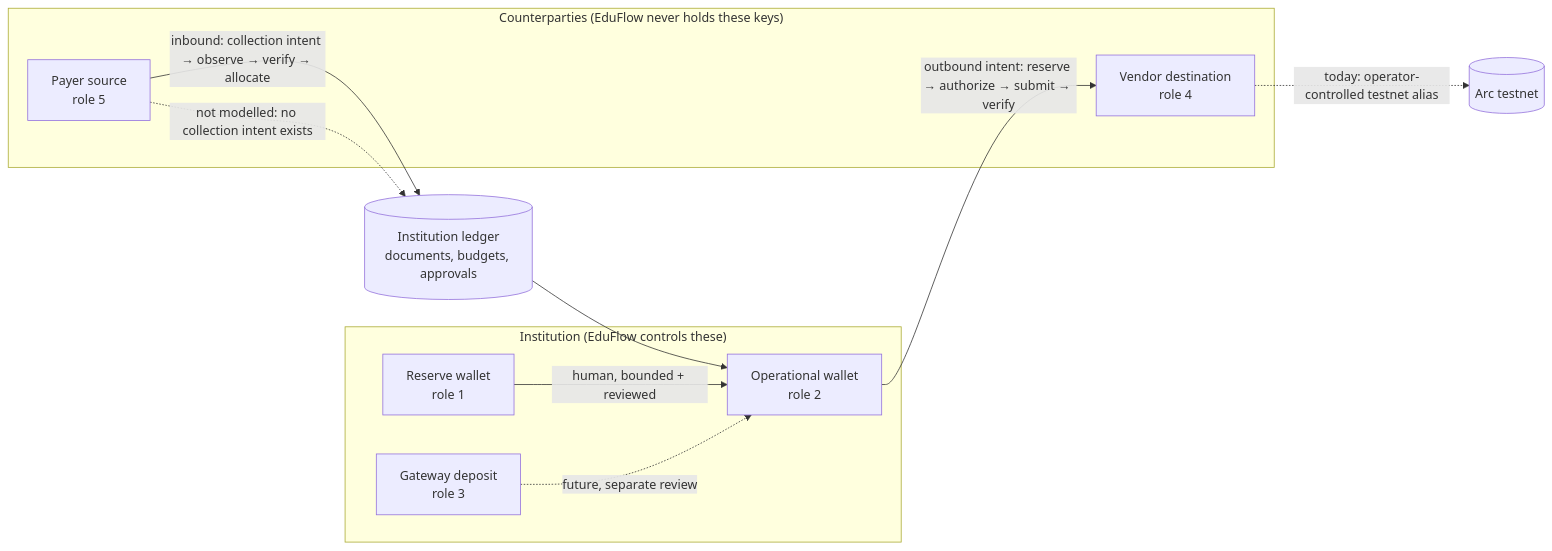
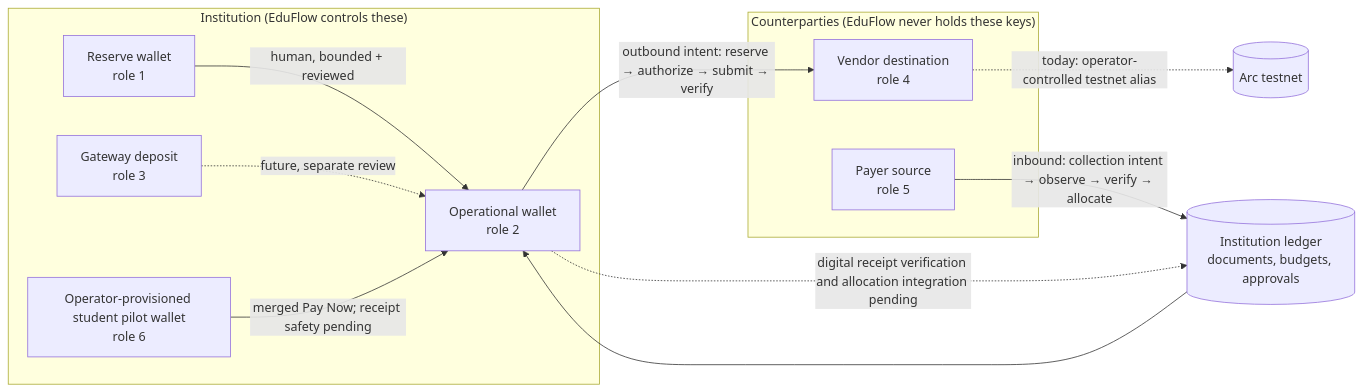
Before and after one commit to exurb3r/EduFlow: the fifth of 6 diagrams in PLAN.md, drawn with Mermaid. The commit also changed other lines of this file, not shown here.

First line of the commit message:
docs(plan): integrate direct student tuition intake roadmap

````diff
--- a/PLAN.md
+++ b/PLAN.md
@@ -2779,18 +2995,19 @@
 ```mermaid
 flowchart LR
     subgraph Institution["Institution (EduFlow controls these)"]
         R[Reserve wallet<br/>role 1] -->|human, bounded + reviewed| O[Operational wallet<br/>role 2]
         G[Gateway deposit<br/>role 3] -.->|future, separate review| O
+        SP[Operator-provisioned student pilot wallet<br/>role 6] -->|merged Pay Now; receipt safety pending| O
     end
 
     subgraph Counterparties["Counterparties (EduFlow never holds these keys)"]
         V[Vendor destination<br/>role 4]
         P[Payer source<br/>role 5]
     end
 
     S[(Institution ledger<br/>documents, budgets, approvals)] --> O
     O -->|outbound intent: reserve → authorize → submit → verify| V
     P -->|inbound: collection intent → observe → verify → allocate| S
     V -.->|today: operator-controlled testnet alias| T[(Arc testnet)]
-    P -.->|not modelled: no collection intent exists| S
+    O -.->|digital receipt verification and allocation integration pending| S
 ```
````
